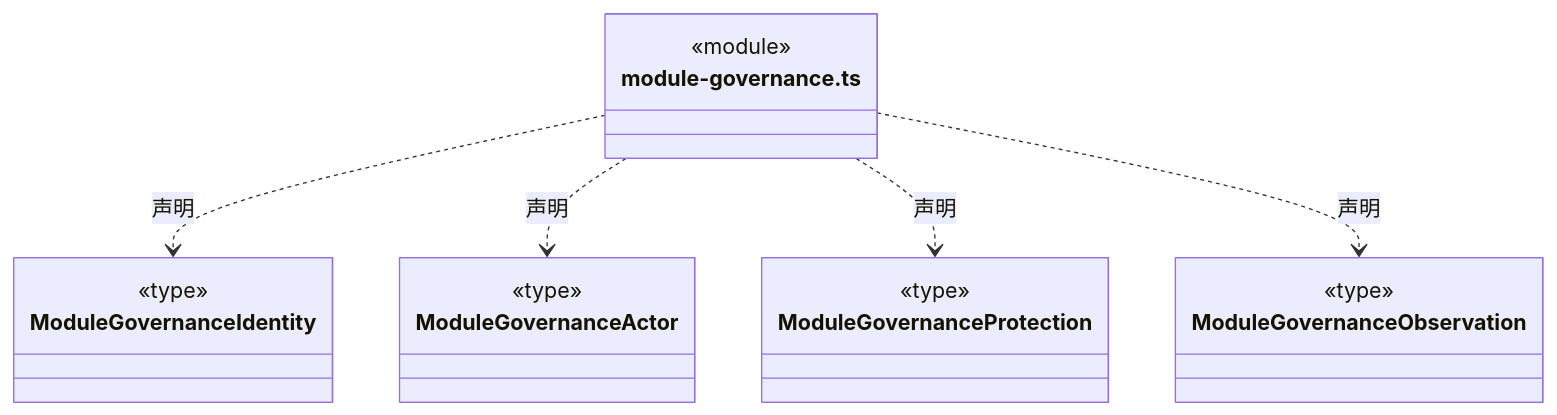
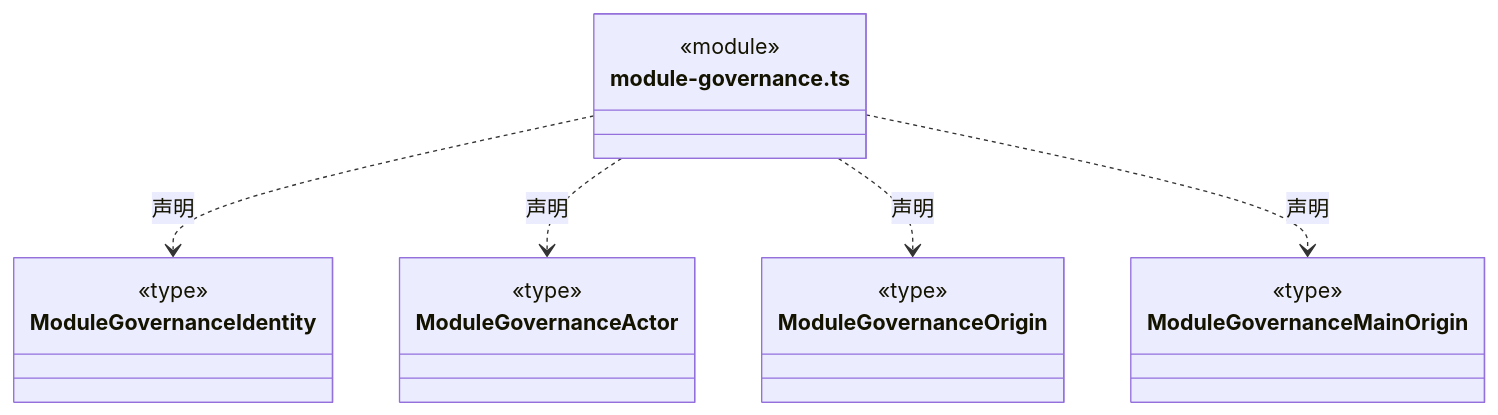
One commit to nan023062/cbim changed the seventh of 13 diagrams in src/backend/core/governance/ARCHITECTURE.md. Above: the diagram before and after it, drawn with Mermaid. The commit also changed other lines of this file and 53 other files, not shown here.

````diff
--- a/src/backend/core/governance/ARCHITECTURE.md
+++ b/src/backend/core/governance/ARCHITECTURE.md
@@ -80,26 +183,26 @@
 ```mermaid
 classDiagram
 class N_src_backend_core_governance_module_governance_ts["module-governance.ts"] {
   <<module>>
 }
 class N_src_backend_core_governance_module_governance_ts_ModuleGovernanceIdentity["ModuleGovernanceIdentity"] {
   <<type>>
 
 }
 N_src_backend_core_governance_module_governance_ts ..> N_src_backend_core_governance_module_governance_ts_ModuleGovernanceIdentity : 声明
 class N_src_backend_core_governance_module_governance_ts_ModuleGovernanceActor["ModuleGovernanceActor"] {
   <<type>>
 
 }
 N_src_backend_core_governance_module_governance_ts ..> N_src_backend_core_governance_module_governance_ts_ModuleGovernanceActor : 声明
-class N_src_backend_core_governance_module_governance_ts_ModuleGovernanceProtection["ModuleGovernanceProtection"] {
+class N_src_backend_core_governance_module_governance_ts_ModuleGovernanceOrigin["ModuleGovernanceOrigin"] {
   <<type>>
 
 }
-N_src_backend_core_governance_module_governance_ts ..> N_src_backend_core_governance_module_governance_ts_ModuleGovernanceProtection : 声明
-class N_src_backend_core_governance_module_governance_ts_ModuleGovernanceObservation["ModuleGovernanceObservation"] {
+N_src_backend_core_governance_module_governance_ts ..> N_src_backend_core_governance_module_governance_ts_ModuleGovernanceOrigin : 声明
+class N_src_backend_core_governance_module_governance_ts_ModuleGovernanceMainOrigin["ModuleGovernanceMainOrigin"] {
   <<type>>
 
 }
-N_src_backend_core_governance_module_governance_ts ..> N_src_backend_core_governance_module_governance_ts_ModuleGovernanceObservation : 声明
+N_src_backend_core_governance_module_governance_ts ..> N_src_backend_core_governance_module_governance_ts_ModuleGovernanceMainOrigin : 声明
 ```
````
